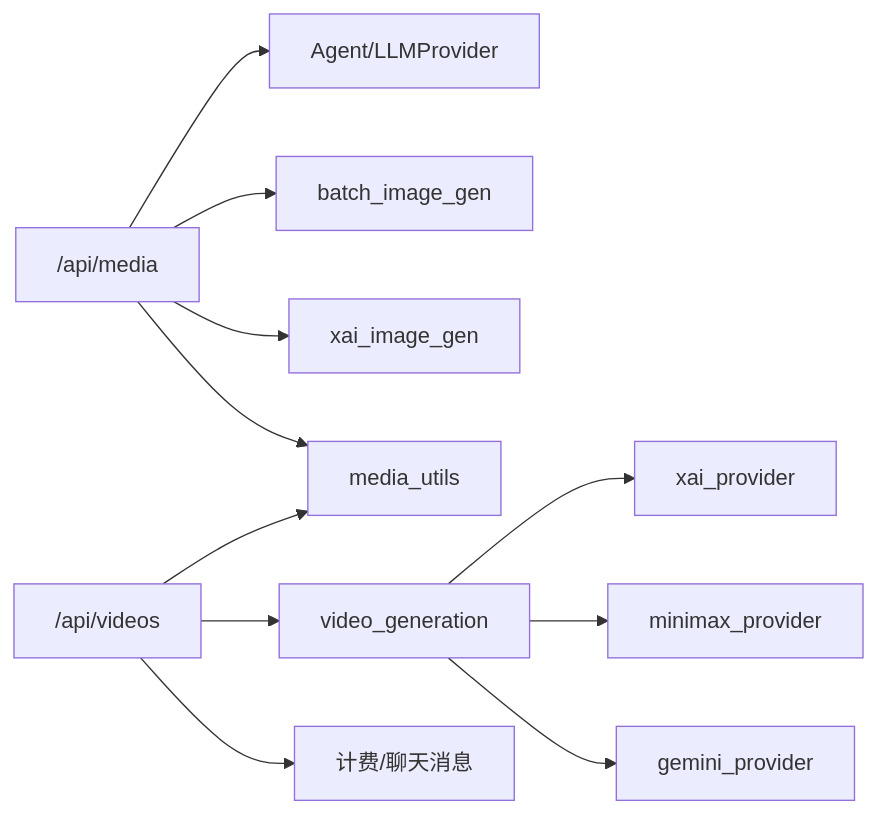
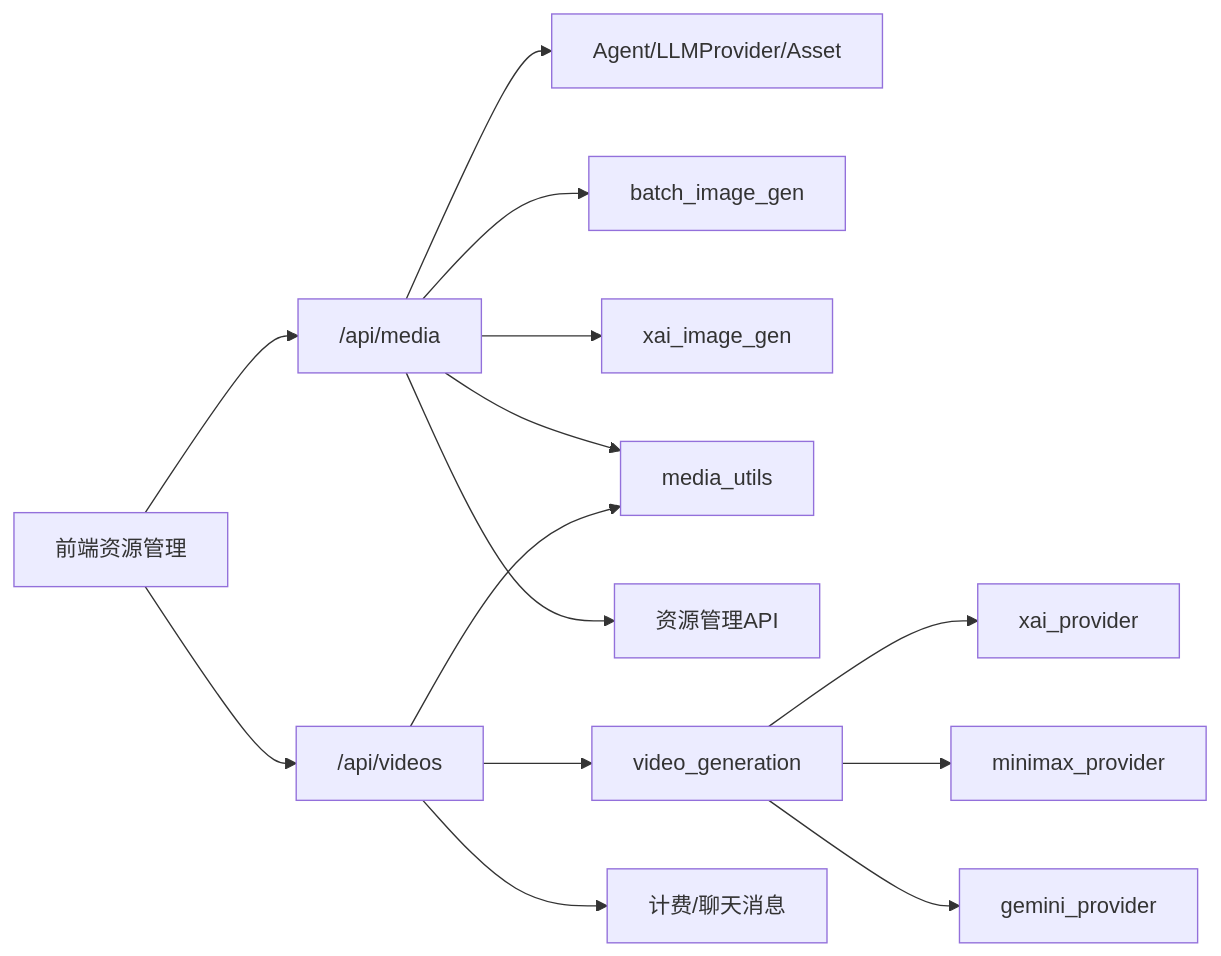
Before and after one commit to KunLabAI/KunFlix: the seventh of 7 diagrams in .qoder/repowiki/zh/content/后端服务架构/API路由层/媒体处理路由.md, drawn with Mermaid. The commit also changed other lines of this file and 20 other files, not shown here.

````diff
--- a/.qoder/repowiki/zh/content/后端服务架构/API路由层/媒体处理路由.md
+++ b/.qoder/repowiki/zh/content/后端服务架构/API路由层/媒体处理路由.md
@@ -403,13 +513,16 @@
 ```mermaid
 graph LR
-Media["/api/media"] --> DB["Agent/LLMProvider"]
+Media["/api/media"] --> DB["Agent/LLMProvider/Asset"]
 Media --> Big["batch_image_gen"]
 Media --> Xi["xai_image_gen"]
 Media --> MU["media_utils"]
+Media --> AssetAPI["资源管理API"]
 Videos["/api/videos"] --> VG["video_generation"]
 VG --> XAI["xai_provider"]
 VG --> MM["minimax_provider"]
 VG --> Gm["gemini_provider"]
 Videos --> MU
 Videos --> Billing["计费/聊天消息"]
+FR["前端资源管理"] --> Media
+FR --> Videos
 ```
````
